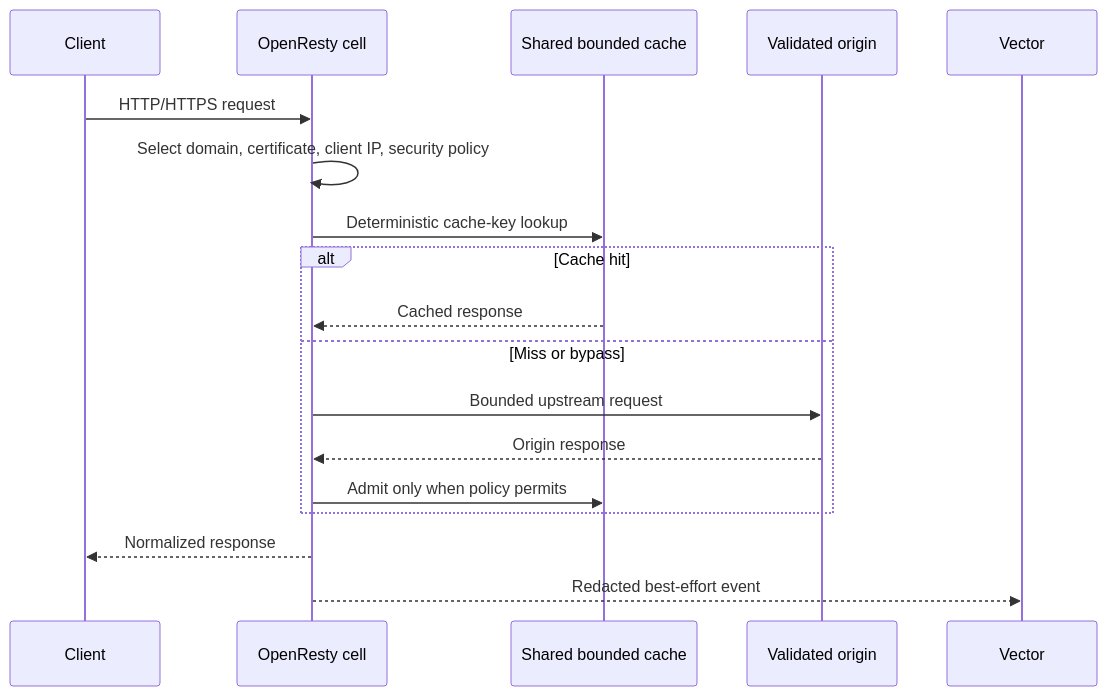
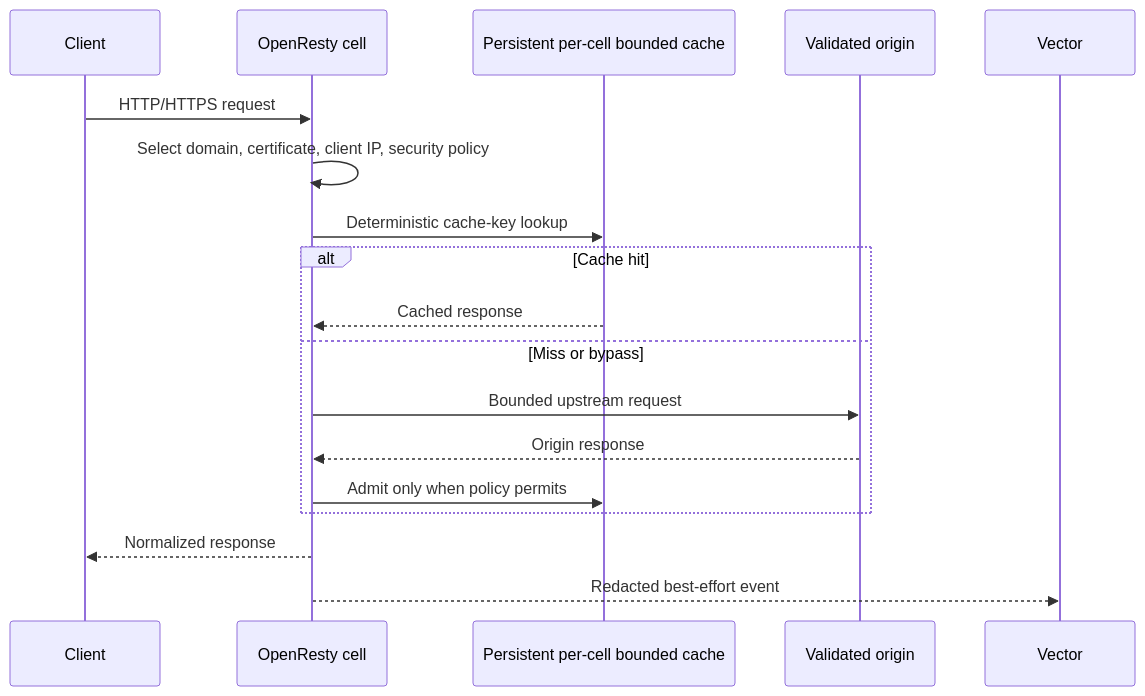
One commit to vaheed/CDNFoundry changed the second of 4 diagrams in docs/architecture/data-flows.md. Above: the diagram before and after it, drawn with Mermaid. The commit also changed 27 other files, not shown here.

Commit message:
feat(cache): add persistent bounded cell caching

````diff
--- a/docs/architecture/data-flows.md
+++ b/docs/architecture/data-flows.md
@@ -38,20 +38,20 @@
 ```mermaid
 sequenceDiagram
     participant C as Client
     participant E as OpenResty cell
-    participant Cache as Shared bounded cache
+    participant Cache as Persistent per-cell bounded cache
     participant O as Validated origin
     participant V as Vector
     C->>E: HTTP/HTTPS request
     E->>E: Select domain, certificate, client IP, security policy
     E->>Cache: Deterministic cache-key lookup
     alt Cache hit
       Cache-->>E: Cached response
     else Miss or bypass
       E->>O: Bounded upstream request
       O-->>E: Origin response
       E->>Cache: Admit only when policy permits
     end
     E-->>C: Normalized response
     E-->>V: Redacted best-effort event
 ```
````
